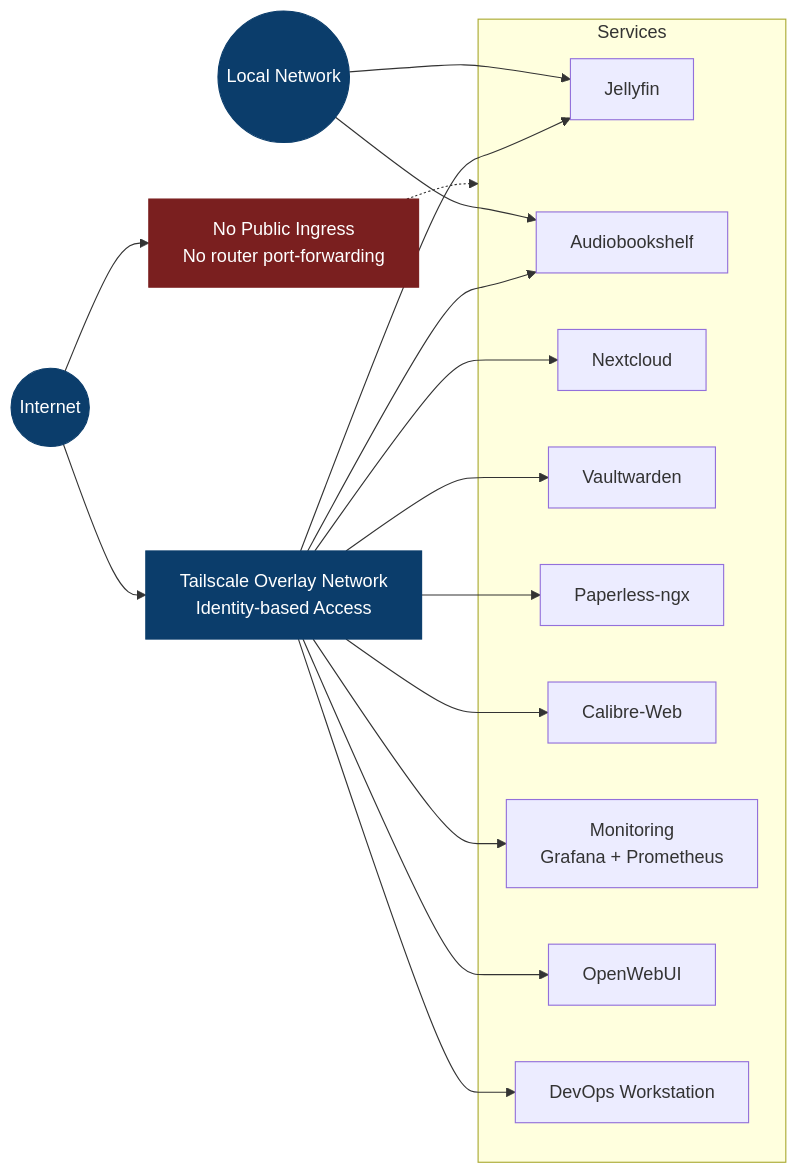
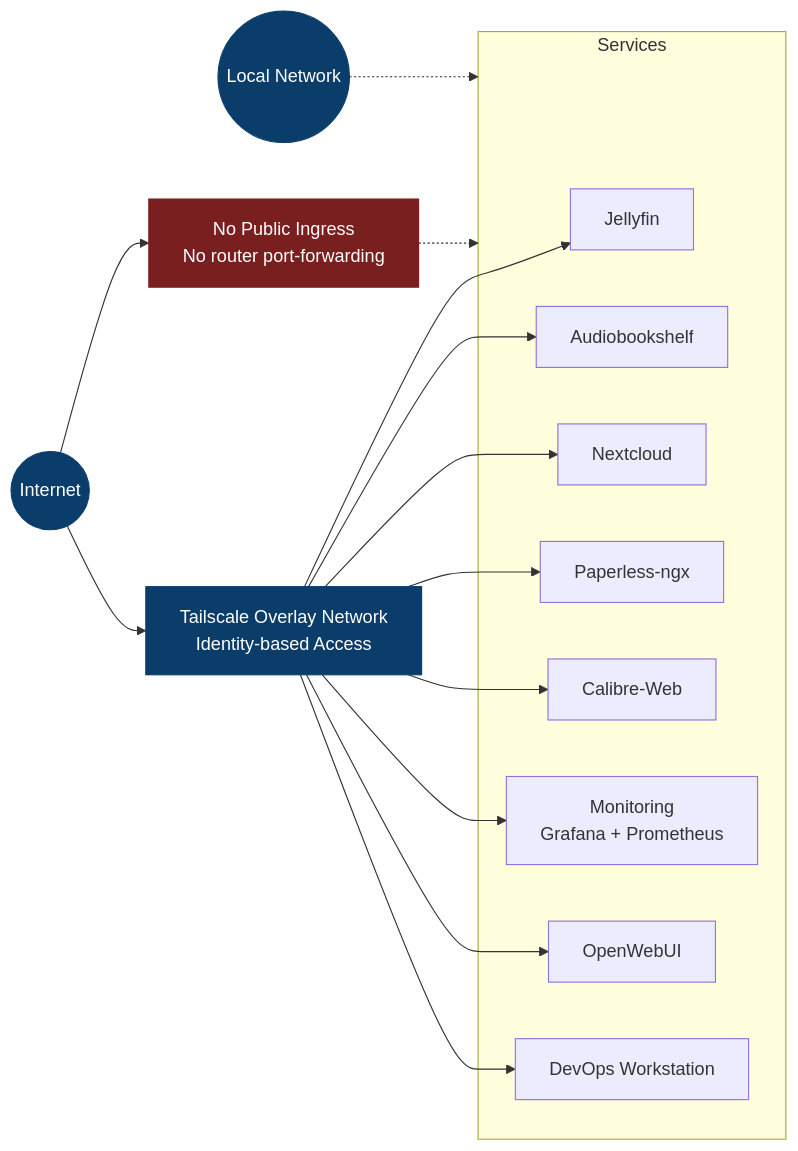
The diagram in docs/architecture/exposure-diagram.md (sohanreddyk/homelab-server-architecture), drawn with Mermaid before and after one commit. The commit also changed other lines of this file and 12 other files, not shown here.

First line of the commit message:
docs(platform): bring diagrams and overviews to the measured state

````diff
--- a/docs/architecture/exposure-diagram.md
+++ b/docs/architecture/exposure-diagram.md
@@ -11,47 +11,44 @@
 ```mermaid
 flowchart LR
 
   Internet((Internet))
   LAN((Local Network))
   TS[Tailscale Overlay Network<br/>Identity-based Access]
   NoPublic[No Public Ingress<br/>No router port-forwarding]
 
   %% Internet access model
   Internet --> TS
   Internet --> NoPublic
 
   %% No direct exposure
   NoPublic -.-> Services
 
   subgraph Services
     Jellyfin[Jellyfin]
     ABS[Audiobookshelf]
     Nextcloud[Nextcloud]
-    Vaultwarden[Vaultwarden]
     Paperless[Paperless-ngx]
     CalibreWeb[Calibre-Web]
     Monitoring[Monitoring<br/>Grafana + Prometheus]
     OpenWebUI[OpenWebUI]
     DevOps[DevOps Workstation]
   end
 
-  %% LAN exposure (media only)
-  LAN --> Jellyfin
-  LAN --> ABS
+  %% LAN exposure: none since 2026-10-01 (lan_guard on every node)
+  LAN -.-> Services
 
   %% Tailscale exposure (all services)
   TS --> Jellyfin
   TS --> ABS
   TS --> Nextcloud
   TS --> Paperless
-  TS --> Vaultwarden
   TS --> CalibreWeb
   TS --> Monitoring
   TS --> DevOps
   TS --> OpenWebUI
 
   classDef access fill:#0b3d6b,stroke:#0b3d6b,color:#ffffff
   classDef blocked fill:#7a1f1f,stroke:#7a1f1f,color:#ffffff
   class Internet,LAN,TS access
   class NoPublic blocked
 ```
````
